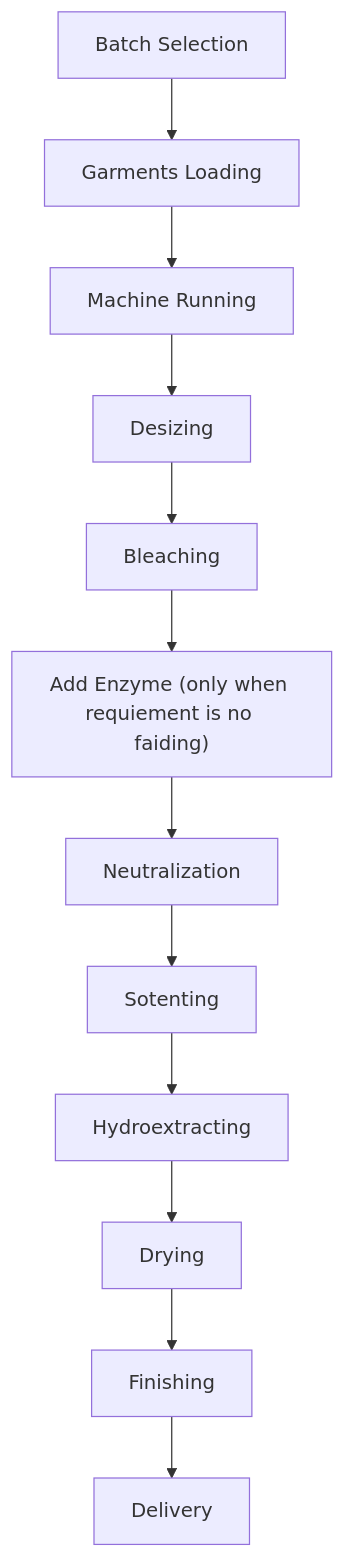
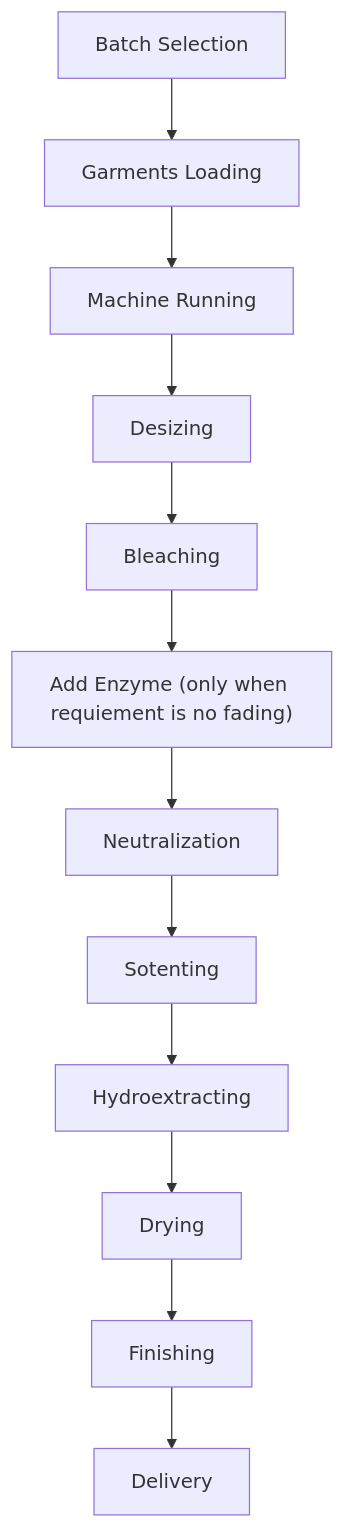
One commit to anik-amd/butex-notes changed the fourth of 5 diagrams in texnx/src/content/docs/L3-T1/Apparel-Manufacturing-II/Part-A/01-garments-washing.md. Above: the diagram before and after it, drawn with Mermaid. The commit also changed other lines of this file, not shown here.

Commit message:
🐞 fix: typo

````diff
--- a/texnx/src/content/docs/L3-T1/Apparel-Manufacturing-II/Part-A/01-garments-washing.md
+++ b/texnx/src/content/docs/L3-T1/Apparel-Manufacturing-II/Part-A/01-garments-washing.md
@@ -216,16 +216,16 @@
 ```mermaid
     flowchart TD
       id1[Batch Selection]
       --> id2[Garments Loading]
       --> id3[Machine Running]
       --> id4[Desizing]
       --> id5[Bleaching]
-      --> id6["Add Enzyme (only when requiement is no faiding)"]
+      --> id6["Add Enzyme (only when requiement is no fading)"]
       --> id7[Neutralization]
       --> id8[Sotenting]
       --> id9[Hydroextracting]
       --> id10[Drying]
       --> id11[Finishing]
       --> id12[Delivery]
 
 ```
````
